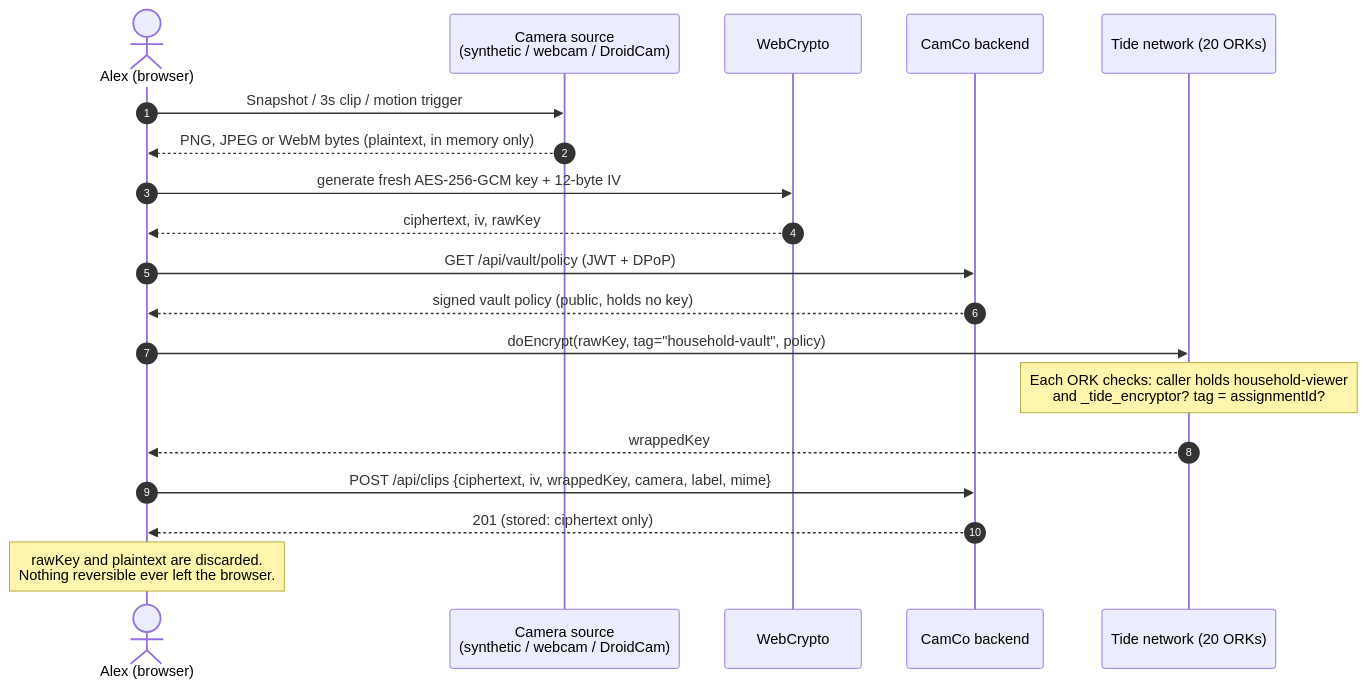
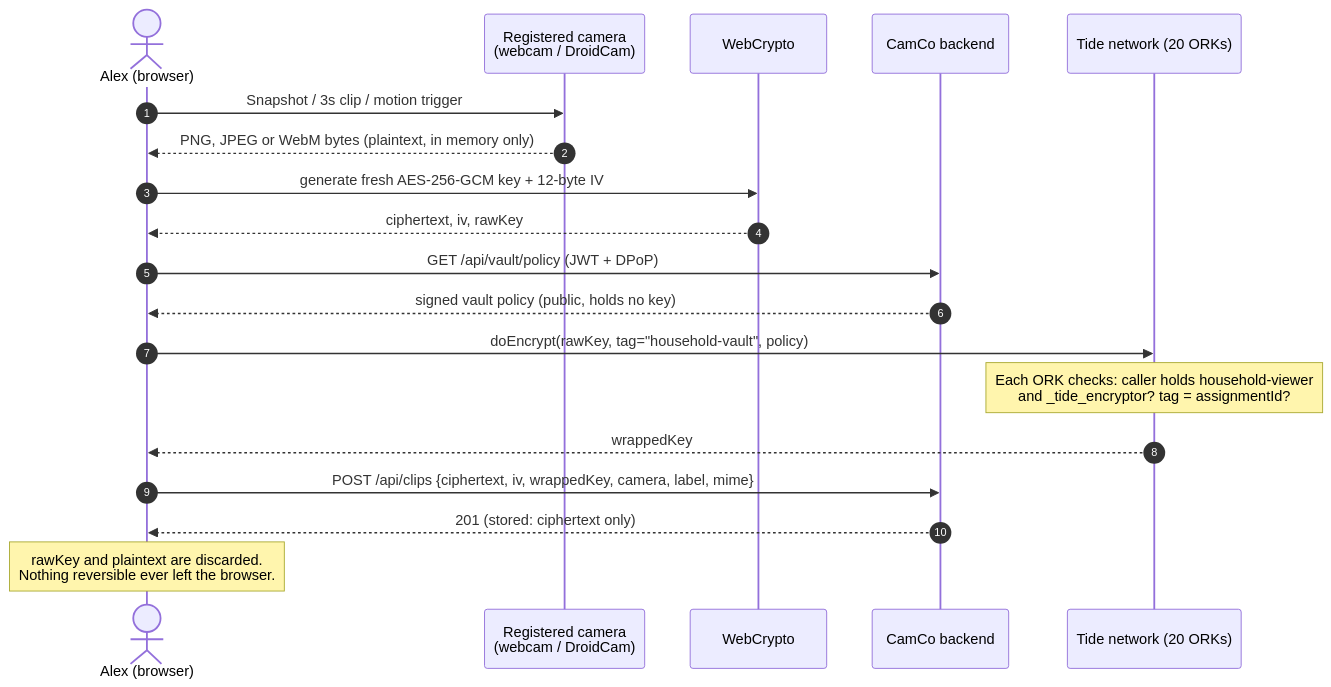
The third of 15 diagrams in docs/DOCUMENTATION.md (krosshykes/tide-camera-vault), drawn with Mermaid before and after one commit. The commit also changed other lines of this file and 22 other files, not shown here.

````diff
--- a/docs/DOCUMENTATION.md
+++ b/docs/DOCUMENTATION.md
@@ -135,22 +138,22 @@
 ```mermaid
 sequenceDiagram
   autonumber
   actor A as Alex (browser)
-  participant Cam as Camera source<br/>(synthetic / webcam / DroidCam)
+  participant Cam as Registered camera<br/>(webcam / DroidCam)
   participant WC as WebCrypto
   participant API as CamCo backend
   participant ORK as Tide network (20 ORKs)
 
   A->>Cam: Snapshot / 3s clip / motion trigger
   Cam-->>A: PNG, JPEG or WebM bytes (plaintext, in memory only)
   A->>WC: generate fresh AES-256-GCM key + 12-byte IV
   WC-->>A: ciphertext, iv, rawKey
   A->>API: GET /api/vault/policy (JWT + DPoP)
   API-->>A: signed vault policy (public, holds no key)
   A->>ORK: doEncrypt(rawKey, tag="household-vault", policy)
   Note over ORK: Each ORK checks: caller holds household-viewer<br/>and _tide_encryptor? tag = assignmentId?
   ORK-->>A: wrappedKey
   A->>API: POST /api/clips {ciphertext, iv, wrappedKey, camera, label, mime}
   API-->>A: 201 (stored: ciphertext only)
   Note over A: rawKey and plaintext are discarded.<br/>Nothing reversible ever left the browser.
 ```
````
